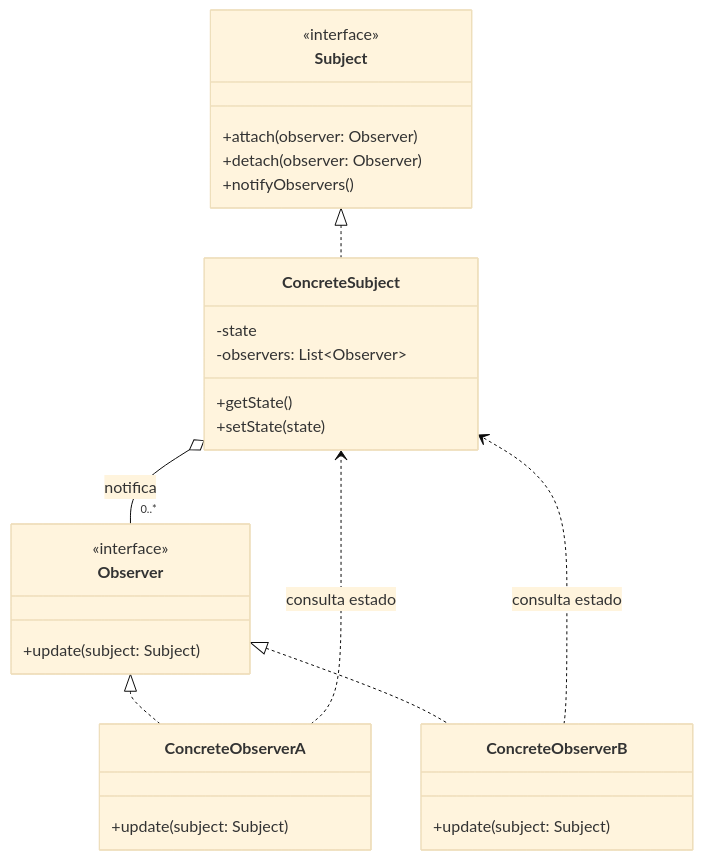
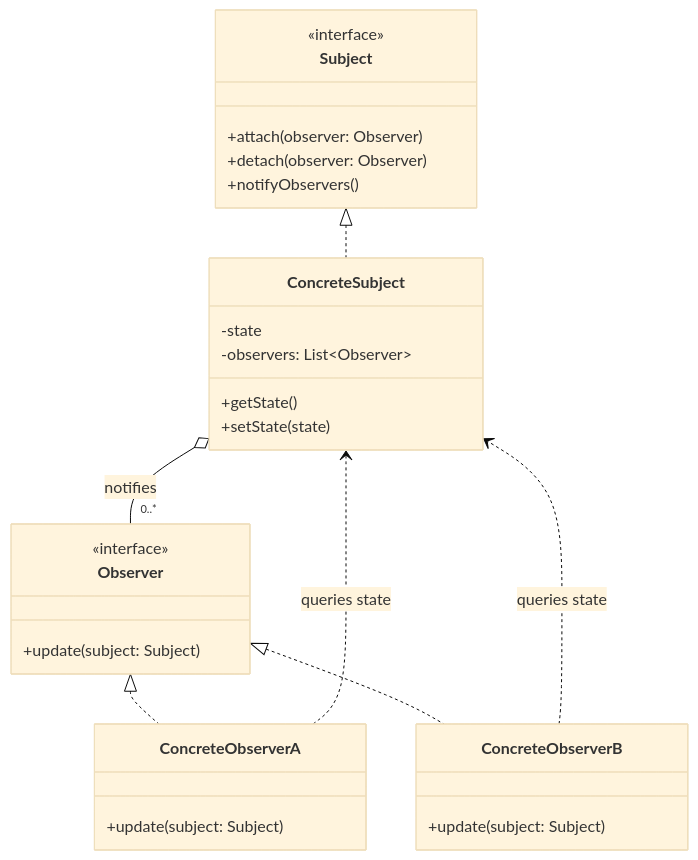
The diagram in docs/coding/gof/behavioral/observer.md (alancesar/design-patterns), drawn with Mermaid (base theme) before and after one commit. The commit also changed 258 other files, not shown here.

First line of the commit message:
Translate Mermaid diagrams to English

````diff
--- a/docs/coding/gof/behavioral/observer.md
+++ b/docs/coding/gof/behavioral/observer.md
@@ -59,31 +59,31 @@
 ```mermaid
 classDiagram
     class Subject {
         <<interface>>
         +attach(observer: Observer)
         +detach(observer: Observer)
         +notifyObservers()
     }
     class ConcreteSubject {
         -state
         -observers: List~Observer~
         +getState()
         +setState(state)
     }
     class Observer {
         <<interface>>
         +update(subject: Subject)
     }
     class ConcreteObserverA {
         +update(subject: Subject)
     }
     class ConcreteObserverB {
         +update(subject: Subject)
     }
     Subject <|.. ConcreteSubject
     Observer <|.. ConcreteObserverA
     Observer <|.. ConcreteObserverB
-    ConcreteSubject o-- "0..*" Observer : notifica
-    ConcreteObserverA ..> ConcreteSubject : consulta estado
-    ConcreteObserverB ..> ConcreteSubject : consulta estado
+    ConcreteSubject o-- "0..*" Observer : notifies
+    ConcreteObserverA ..> ConcreteSubject : queries state
+    ConcreteObserverB ..> ConcreteSubject : queries state
 ```
````
